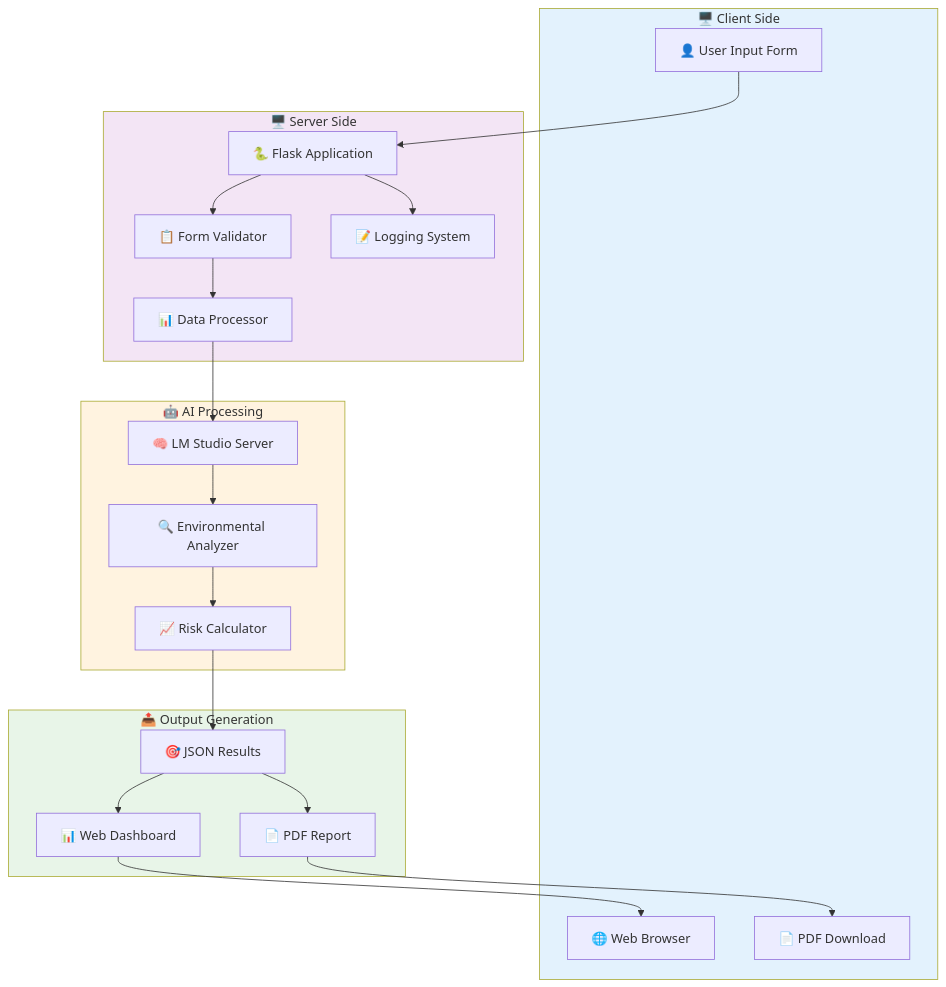
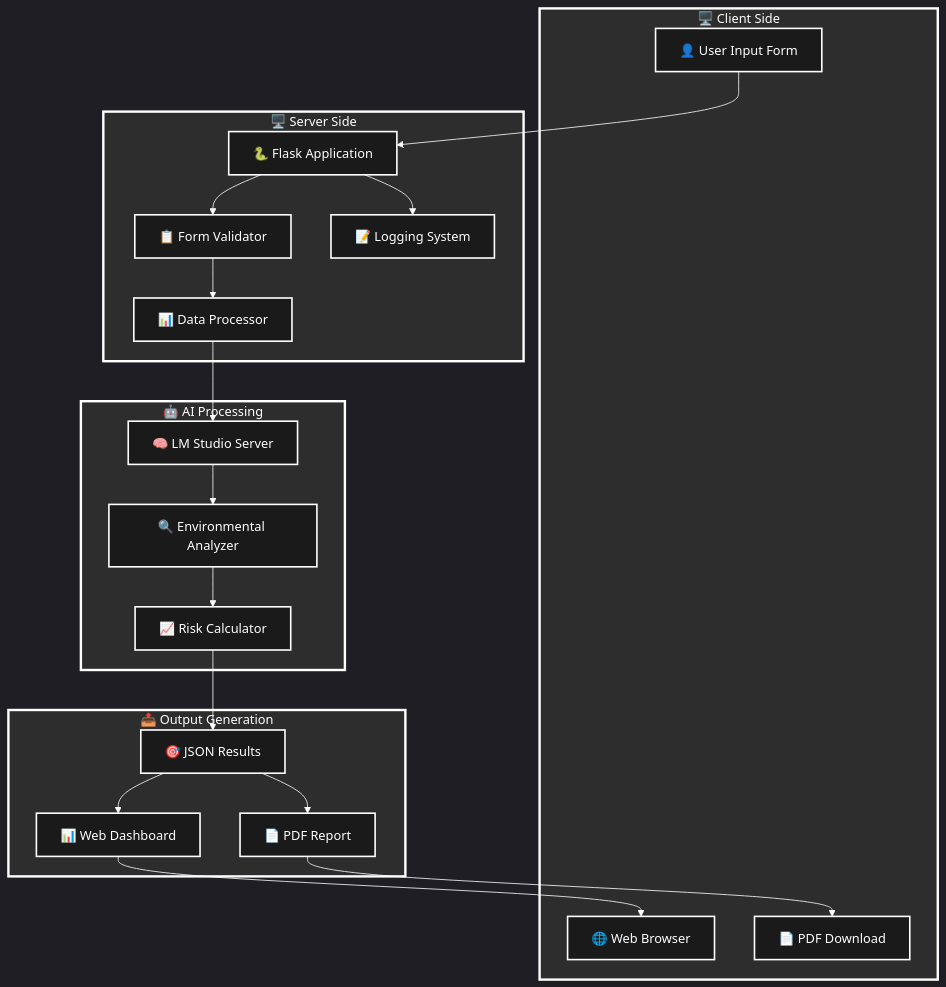
One commit to Ping-2o/daryn changed the first of 12 diagrams in README.md. Above: the diagram before and after it, drawn with Mermaid. The commit also changed other lines of this file, not shown here.

````diff
--- a/README.md
+++ b/README.md
@@ -81,45 +81,59 @@
 ```mermaid
+%%{init: {'theme':'dark', 'themeVariables': {'primaryColor':'#1a1a1a','primaryTextColor':'#ffffff','primaryBorderColor':'#ffffff','lineColor':'#ffffff','secondaryColor':'#2d2d2d','tertiaryColor':'#404040','background':'#1a1a1a','mainBkg':'#1a1a1a','secondBkg':'#2d2d2d','tertiaryBkg':'#404040'}}}%%
 graph TB
     subgraph Client["🖥️ Client Side"]
-        A[👤 User Input Form]
-        B[🌐 Web Browser]
-        C[📄 PDF Download]
+        A["👤 User Input Form"]
+        B["🌐 Web Browser"]
+        C["📄 PDF Download"]
     end
     
     subgraph Server["🖥️ Server Side"]
-        D[🐍 Flask Application]
-        E[📊 Data Processor]
-        F[📋 Form Validator]
-        G[📝 Logging System]
+        D["🐍 Flask Application"]
+        E["📊 Data Processor"]
+        F["📋 Form Validator"]
+        G["📝 Logging System"]
     end
     
     subgraph AI["🤖 AI Processing"]
-        H[🧠 LM Studio Server]
-        I[🔍 Environmental Analyzer]
-        J[📈 Risk Calculator]
+        H["🧠 LM Studio Server"]
+        I["🔍 Environmental Analyzer"]
+        J["📈 Risk Calculator"]
     end
     
     subgraph Output["📤 Output Generation"]
-        K[🎯 JSON Results]
-        L[📊 Web Dashboard]
-        M[📄 PDF Report]
+        K["🎯 JSON Results"]
+        L["📊 Web Dashboard"]
+        M["📄 PDF Report"]
     end
     
     A --> D
     D --> F
     F --> E
     E --> H
     H --> I
     I --> J
     J --> K
     K --> L
     K --> M
     L --> B
     M --> C
     D --> G
     
-    style Client fill:#e3f2fd
-    style Server fill:#f3e5f5
-    style AI fill:#fff3e0
-    style Output fill:#e8f5e8
+    style A fill:#1a1a1a,stroke:#ffffff,stroke-width:2px,color:#ffffff
+    style B fill:#1a1a1a,stroke:#ffffff,stroke-width:2px,color:#ffffff
+    style C fill:#1a1a1a,stroke:#ffffff,stroke-width:2px,color:#ffffff
+    style D fill:#1a1a1a,stroke:#ffffff,stroke-width:2px,color:#ffffff
+    style E fill:#1a1a1a,stroke:#ffffff,stroke-width:2px,color:#ffffff
+    style F fill:#1a1a1a,stroke:#ffffff,stroke-width:2px,color:#ffffff
+    style G fill:#1a1a1a,stroke:#ffffff,stroke-width:2px,color:#ffffff
+    style H fill:#1a1a1a,stroke:#ffffff,stroke-width:2px,color:#ffffff
+    style I fill:#1a1a1a,stroke:#ffffff,stroke-width:2px,color:#ffffff
+    style J fill:#1a1a1a,stroke:#ffffff,stroke-width:2px,color:#ffffff
+    style K fill:#1a1a1a,stroke:#ffffff,stroke-width:2px,color:#ffffff
+    style L fill:#1a1a1a,stroke:#ffffff,stroke-width:2px,color:#ffffff
+    style M fill:#1a1a1a,stroke:#ffffff,stroke-width:2px,color:#ffffff
+    style Client fill:#2d2d2d,stroke:#ffffff,stroke-width:3px,color:#ffffff
+    style Server fill:#2d2d2d,stroke:#ffffff,stroke-width:3px,color:#ffffff
+    style AI fill:#2d2d2d,stroke:#ffffff,stroke-width:3px,color:#ffffff
+    style Output fill:#2d2d2d,stroke:#ffffff,stroke-width:3px,color:#ffffff
 ```
````
